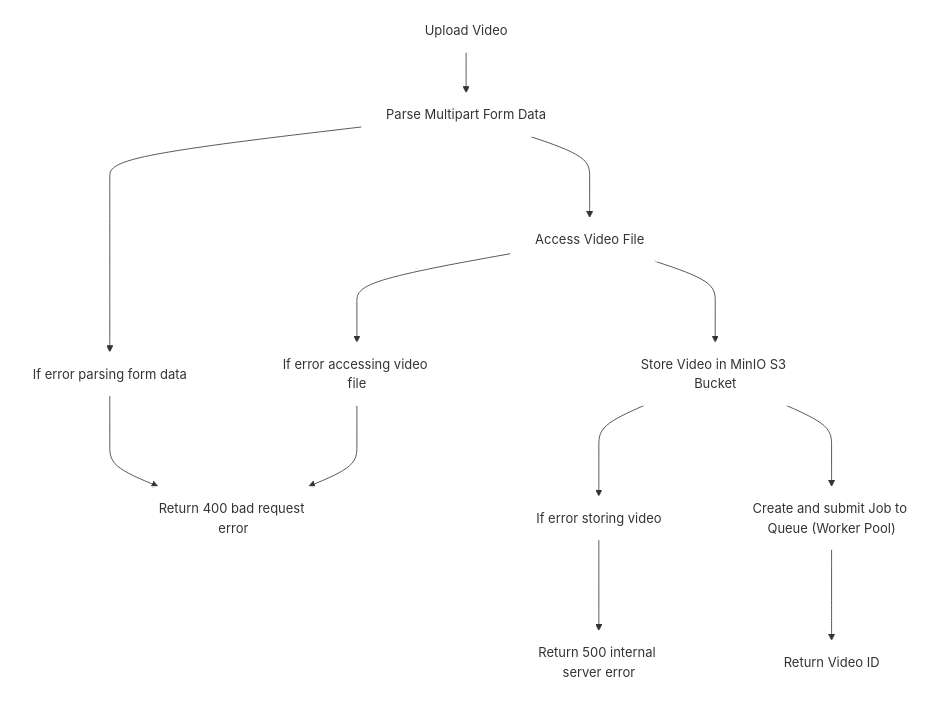
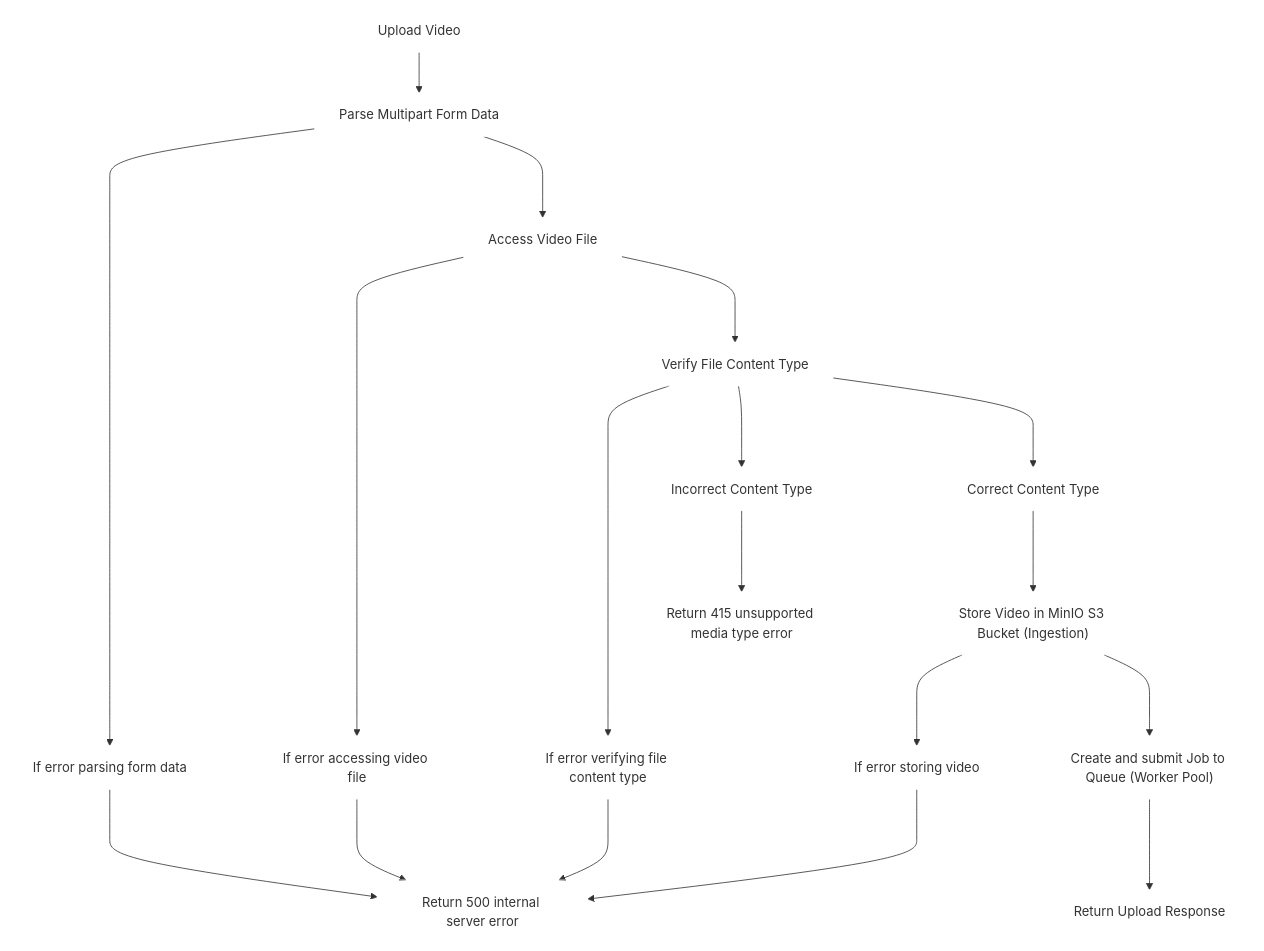
Before and after one commit to prashant348/media-processing-pipeline: the first of 4 diagrams in docs/API.md, drawn with Mermaid. The commit also changed other lines of this file and 19 other files, not shown here.

First line of the commit message:
docs: update architecture, api, and readme documentation

````diff
--- a/docs/API.md
+++ b/docs/API.md
@@ -27,36 +47,47 @@
 ```mermaid
 graph TD
 
     classDef UploadVideoAPI fill:transparent,stroke:#fff,stroke-width:1px;
 
     upload[Upload Video]
     parse[Parse Multipart Form Data]
     parseError[If error parsing form data]
     accessVideo[Access Video File]
     accessError[If error accessing video file]
-    store[Store Video in MinIO S3 Bucket]
+    verifyFile[Verify File Content Type]
+    verifyError[If error verifying file content type]
+    store["Store Video in MinIO S3 Bucket (Ingestion)"]
     storeError[If error storing video]
     job["Create and submit Job to Queue (Worker Pool)"]
-    SuccessRes[Return Video ID]
+    SuccessRes[Return Upload Response]
     ErrorRes500[Return 500 internal server error]
-    ErrorRes400[Return 400 bad request error]
+    ErrorRes415[Return 415 unsupported media type error]
+
+    CorrectContentType[Correct Content Type]
+    IncorrectContentType[Incorrect Content Type]
 
     upload --> parse
 
-    parse ---> parseError ---> ErrorRes400
+    parse ---> parseError ---> ErrorRes500
 
     parse ---> accessVideo
 
-    accessVideo ---> accessError ---> ErrorRes400
+    accessVideo ---> accessError ---> ErrorRes500
 
-    accessVideo ---> store
+    accessVideo ---> verifyFile
+
+    verifyFile ---> verifyError ---> ErrorRes500
+
+    verifyFile ---> IncorrectContentType ---> ErrorRes415
+
+    verifyFile ---> CorrectContentType ---> store
 
     store ---> storeError ---> ErrorRes500
 
     store ---> job
 
     job ---> SuccessRes
 
 
-    class upload,parse,parseError,accessVideo,accessError,store,storeError,job,SuccessRes,ErrorRes500,ErrorRes400 UploadVideoAPI
+    class upload,parse,parseError,accessVideo,accessError,store,storeError,job,SuccessRes,ErrorRes500,ErrorRes415,CorrectContentType,IncorrectContentType,verifyFile,verifyError UploadVideoAPI
 ```
````
